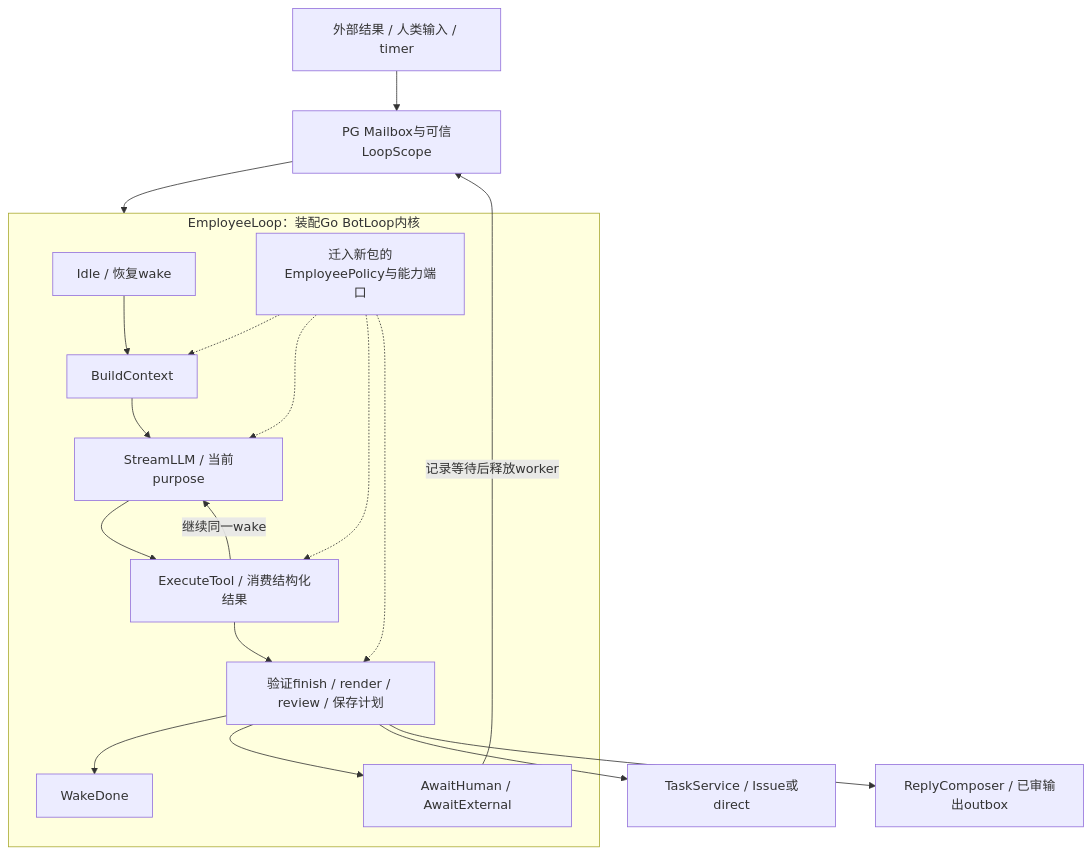
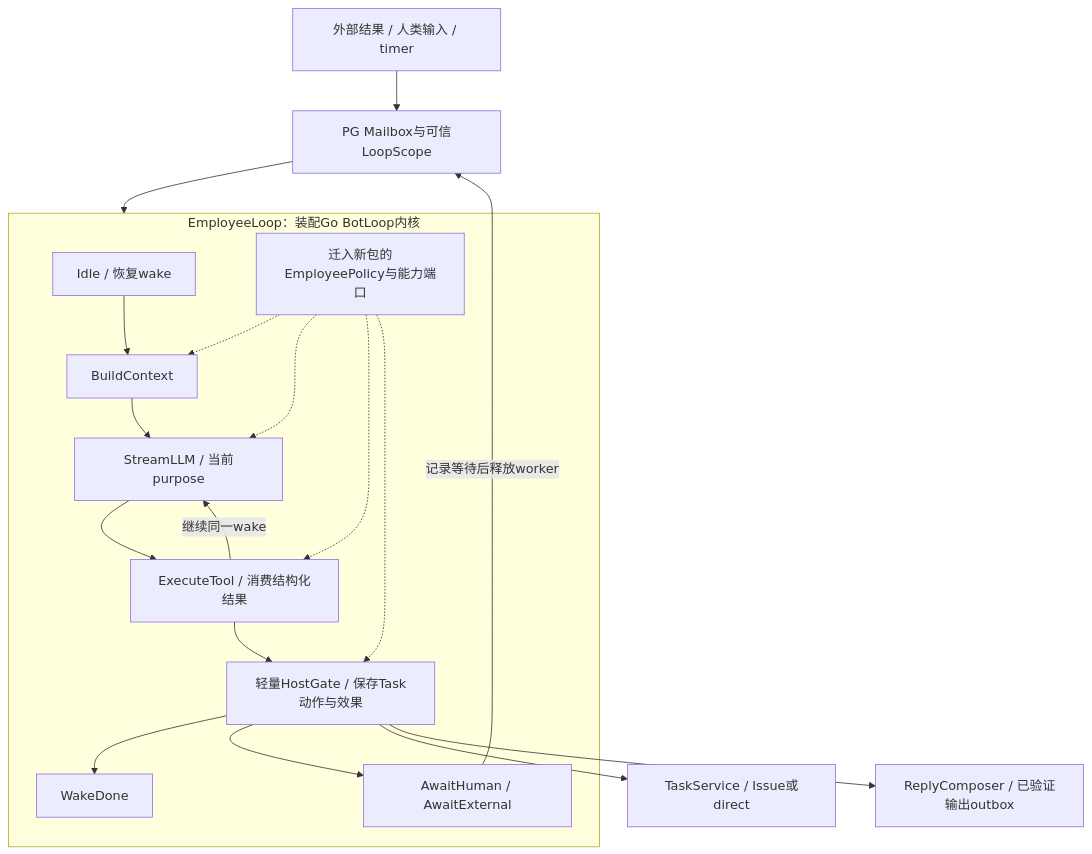
The second of 3 diagrams in docs/plans/2026-09-30/employee-loop-design.md (D1-2004/multica), drawn with Mermaid before and after one commit. The commit also changed other lines of this file and 4 other files, not shown here.

````diff
--- a/docs/plans/2026-09-30/employee-loop-design.md
+++ b/docs/plans/2026-09-30/employee-loop-design.md
@@ -114,21 +136,21 @@
 ```mermaid
 flowchart TD
   M[PG Mailbox与可信LoopScope] --> K
   subgraph K[EmployeeLoop：装配Go BotLoop内核]
     I[Idle / 恢复wake] --> C[BuildContext]
     C --> L[StreamLLM / 当前purpose]
     L --> T[ExecuteTool / 消费结构化结果]
     T -->|继续同一wake| L
-    T --> F[验证finish / render / review / 保存计划]
+    T --> F[轻量HostGate / 保存Task动作与效果]
     F --> D[WakeDone]
     F --> W[AwaitHuman / AwaitExternal]
     P[迁入新包的EmployeePolicy与能力端口] -.-> C
     P -.-> L
     P -.-> T
     P -.-> F
   end
   W -->|记录等待后释放worker| M
   X[外部结果 / 人类输入 / timer] --> M
   F --> E[TaskService / Issue或direct]
-  F --> O[ReplyComposer / 已审输出outbox]
+  F --> O[ReplyComposer / 已验证输出outbox]
 ```
````
